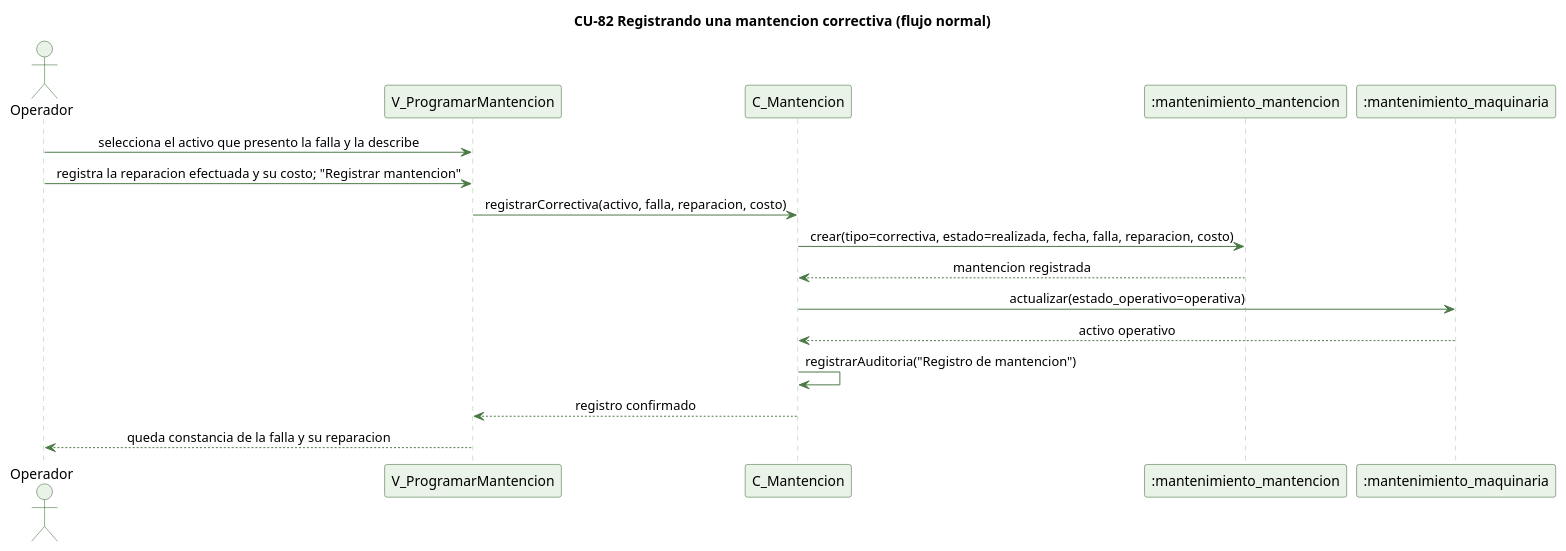
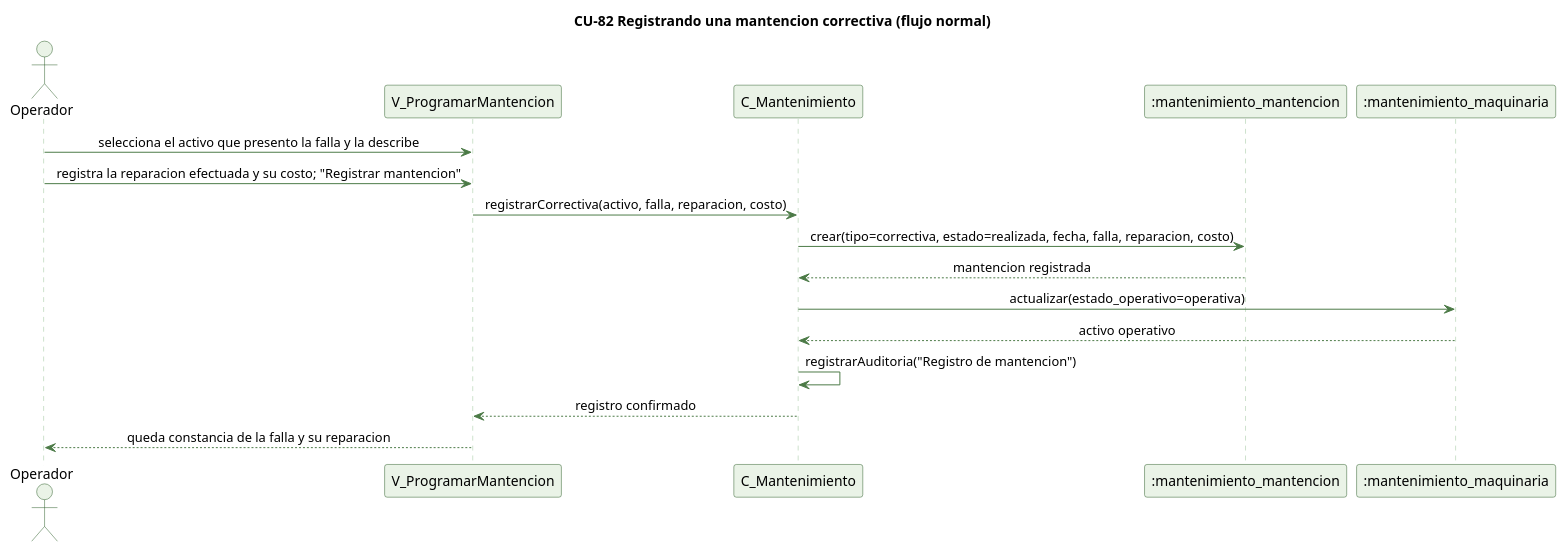
One commit to kenjikaese/Triverde changed the diagram in docs/trabajo-grupal/diagramas/secuencias/cu82-correctiva-normal.puml. Above: the diagram before and after it, drawn with PlantUML. The commit also changed 101 other files, not shown here.

```diff
--- a/docs/trabajo-grupal/diagramas/secuencias/cu82-correctiva-normal.puml
+++ b/docs/trabajo-grupal/diagramas/secuencias/cu82-correctiva-normal.puml
@@ -1,33 +1,33 @@
 @startuml cu82-correctiva-normal
 ' CU-82 Registrando una mantencion correctiva - flujo normal
 skinparam backgroundColor #FFFFFF
 skinparam shadowing false
 skinparam defaultFontName Helvetica
 skinparam sequenceMessageAlign center
 skinparam ParticipantBackgroundColor #EAF3E7
 skinparam ParticipantBorderColor #2E5E2A
 skinparam ActorBackgroundColor #EAF3E7
 skinparam ActorBorderColor #2E5E2A
 skinparam sequenceLifeLineBorderColor #9CC49A
 skinparam ArrowColor #4B7A46
 
 title CU-82 Registrando una mantencion correctiva (flujo normal)
 
 actor Operador
 participant "V_ProgramarMantencion" as V
-participant "C_Mantencion" as C
+participant "C_Mantenimiento" as C
 participant ":mantenimiento_mantencion" as MNT
 participant ":mantenimiento_maquinaria" as MQ
 
 Operador -> V : selecciona el activo que presento la falla y la describe
 Operador -> V : registra la reparacion efectuada y su costo; "Registrar mantencion"
 V -> C : registrarCorrectiva(activo, falla, reparacion, costo)
 C -> MNT : crear(tipo=correctiva, estado=realizada, fecha, falla, reparacion, costo)
 MNT --> C : mantencion registrada
 C -> MQ : actualizar(estado_operativo=operativa)
 MQ --> C : activo operativo
 C -> C : registrarAuditoria("Registro de mantencion")
 C --> V : registro confirmado
 V --> Operador : queda constancia de la falla y su reparacion
 
 @enduml
```
